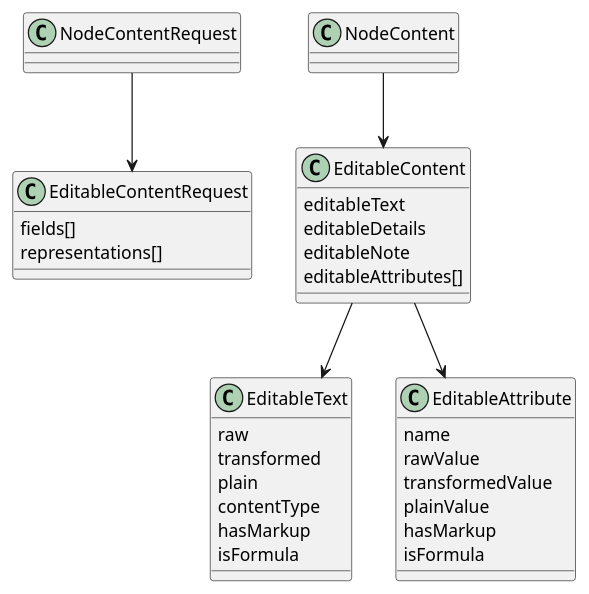
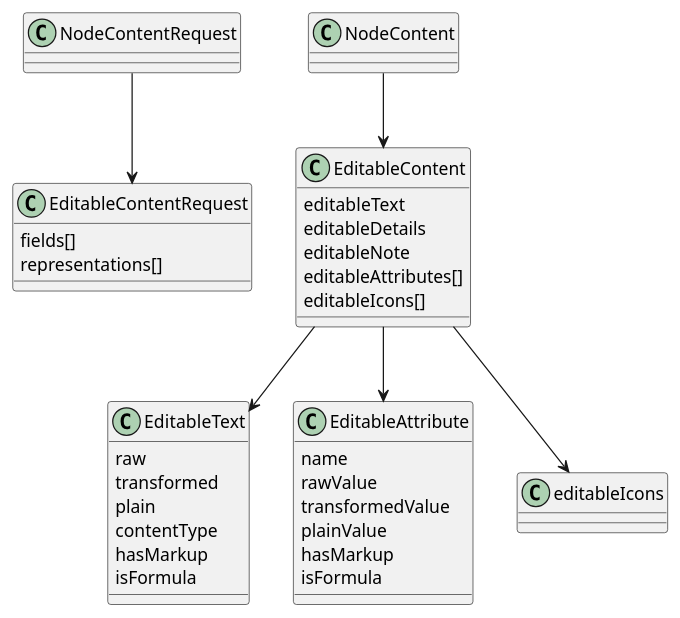
Before and after one commit to guoranjun2/nexordia: diagram 13 of 13 in freeplane_plugin_ai/specs/sprints/sprint-002.md, drawn with PlantUML. The commit also changed other lines of this file and 20 other files, not shown here.

Commit message:
Consider icons in AI tools for reading and searching for node content

````diff
--- a/freeplane_plugin_ai/specs/sprints/sprint-002.md
+++ b/freeplane_plugin_ai/specs/sprints/sprint-002.md
@@ -620,35 +683,37 @@
 ```plantuml
 @startuml
 class EditableContentRequest {
   fields[]
   representations[]
 }
 class EditableContent {
   editableText
   editableDetails
   editableNote
   editableAttributes[]
+  editableIcons[]
 }
 class EditableText {
   raw
   transformed
   plain
   contentType
   hasMarkup
   isFormula
 }
 class EditableAttribute {
   name
   rawValue
   transformedValue
   plainValue
   hasMarkup
   isFormula
 }
 
 NodeContentRequest --> EditableContentRequest
 NodeContent --> EditableContent
 EditableContent --> EditableText
 EditableContent --> EditableAttribute
+EditableContent --> editableIcons
 @enduml
 ```
````
